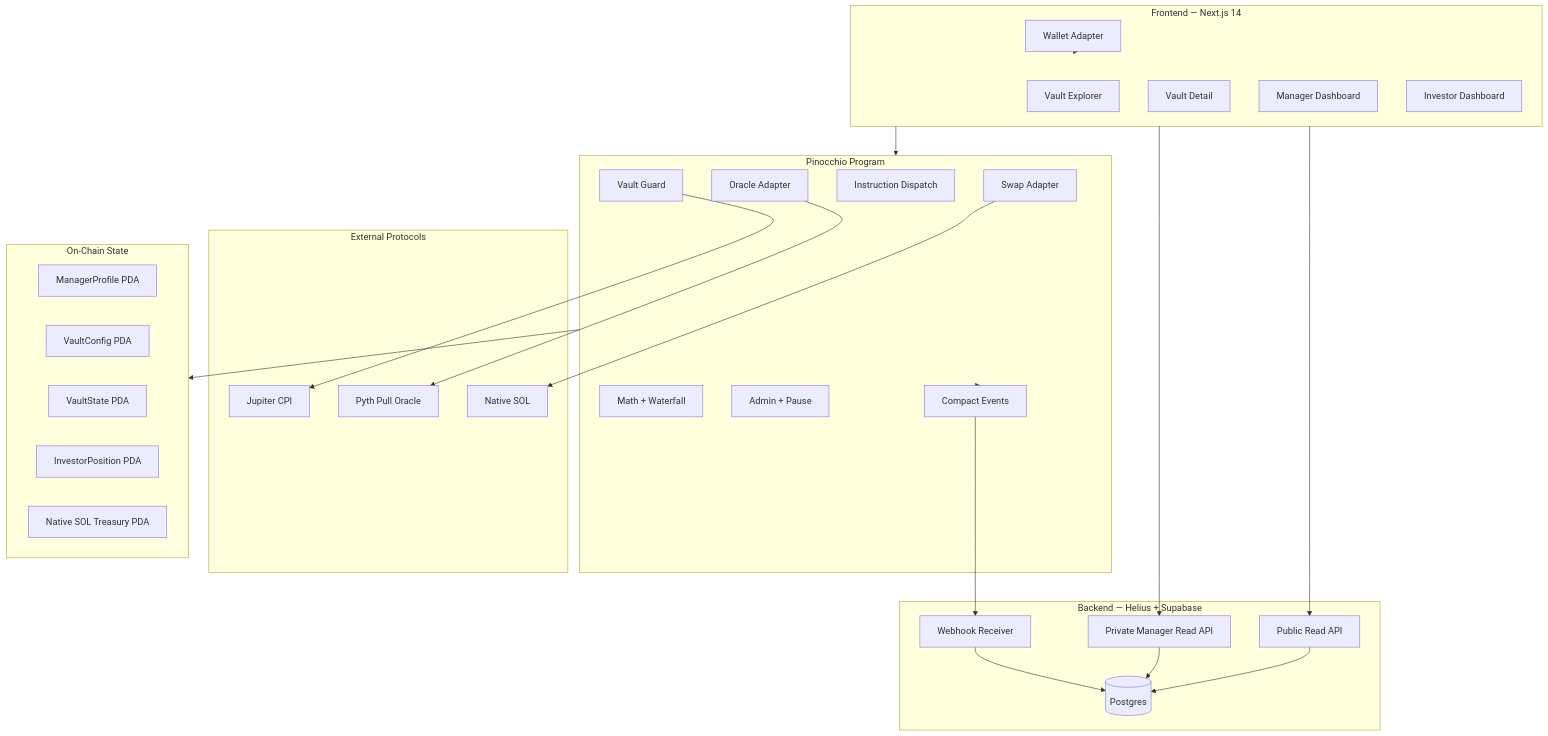
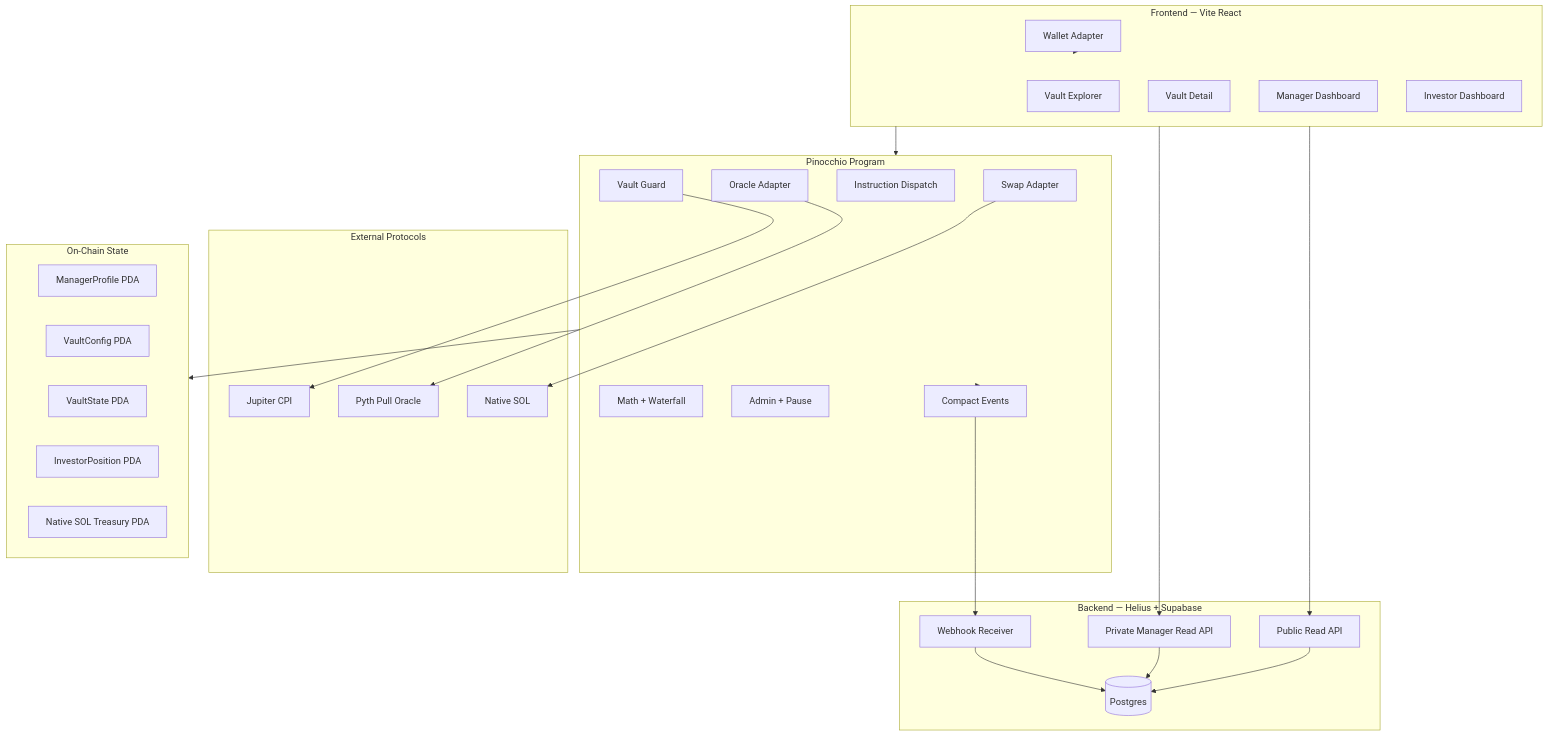
One commit to Molten-Labs/Arcadia changed the first of 4 diagrams in context/arc_v2.md. Above: the diagram before and after it, drawn with Mermaid. The commit also changed other lines of this file and 15 other files, not shown here.

````diff
--- a/context/arc_v2.md
+++ b/context/arc_v2.md
@@ -29,55 +29,55 @@
 ```mermaid
 graph TB
-    subgraph FRONTEND["Frontend — Next.js 14"]
+    subgraph FRONTEND["Frontend — Vite React"]
         HOME[Vault Explorer]
         VD[Vault Detail]
         MD[Manager Dashboard]
         ID[Investor Dashboard]
         WA[Wallet Adapter]
     end
 
     subgraph BACKEND["Backend — Helius + Supabase"]
         WH[Webhook Receiver]
         DB[(Postgres)]
         PUB[Public Read API]
         PRIV[Private Manager Read API]
     end
 
     subgraph PROGRAM["Pinocchio Program"]
         DISP[Instruction Dispatch]
         GUARD[Vault Guard]
         MATH[Math + Waterfall]
         SWAP[Swap Adapter]
         ORACLE[Oracle Adapter]
         ADMIN[Admin + Pause]
         EVENTS[Compact Events]
     end
 
     subgraph EXTERNAL["External Protocols"]
         JUP[Jupiter CPI]
         PYTH[Pyth Pull Oracle]
         SOL[Native SOL]
     end
 
     subgraph STORAGE["On-Chain State"]
         MP[ManagerProfile PDA]
         VC[VaultConfig PDA]
         VS[VaultState PDA]
         IP[InvestorPosition PDA]
         TP[Native SOL Treasury PDA]
     end
 
     WA --> FRONTEND
     FRONTEND --> PUB
     FRONTEND --> PRIV
     PUB --> DB
     PRIV --> DB
     WH --> DB
     PROGRAM --> EVENTS
     EVENTS --> WH
     FRONTEND --> PROGRAM
     PROGRAM --> STORAGE
     GUARD --> JUP
     ORACLE --> PYTH
     SWAP --> SOL
 ```
````
